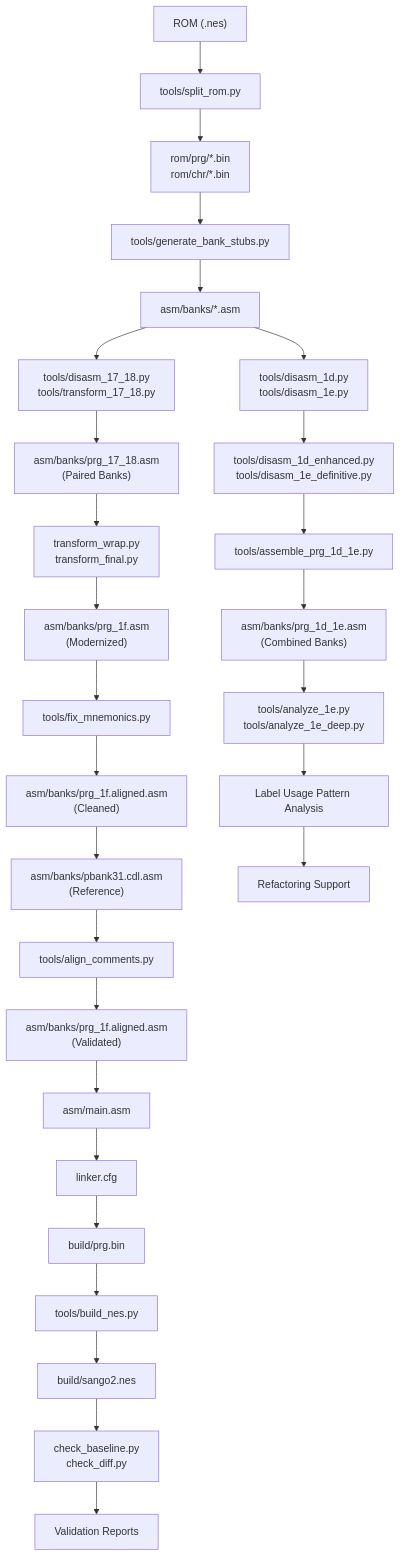
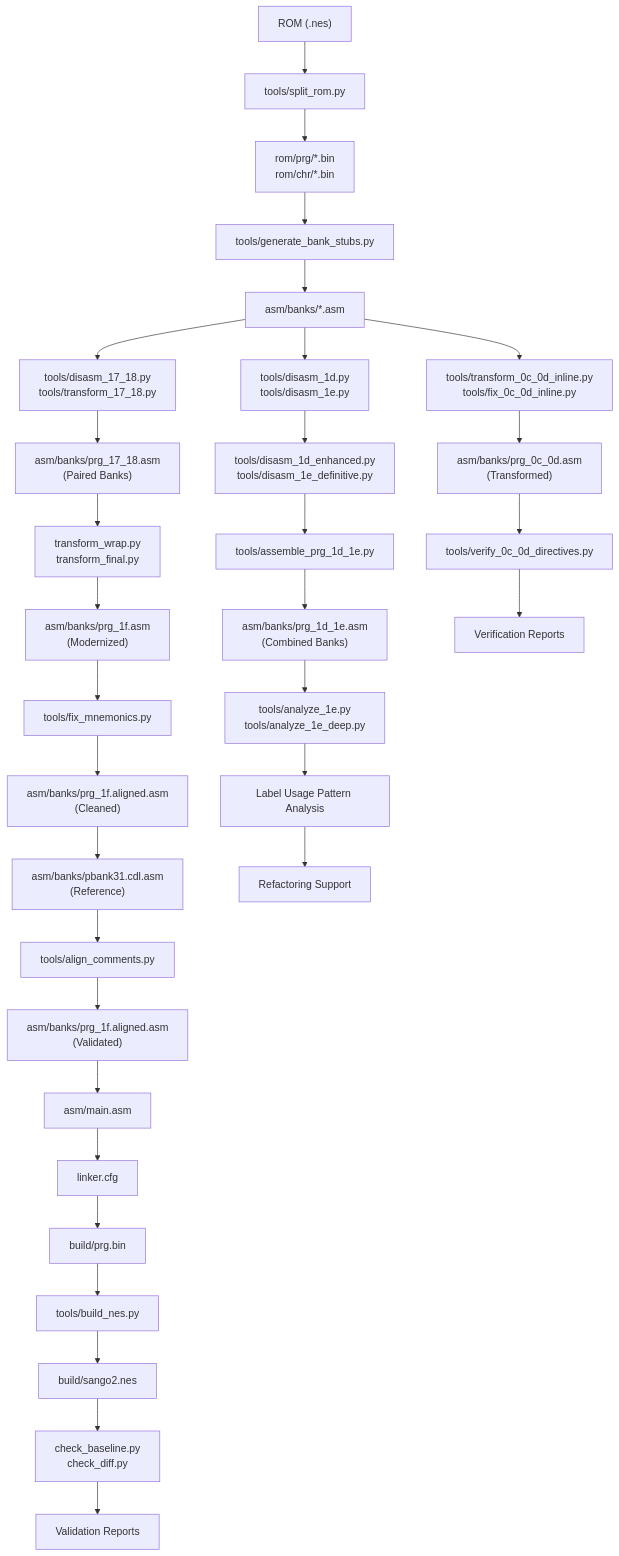
One commit to rabbyzero/sango2dasm changed the first of 8 diagrams in .qoder/repowiki/en/content/Disassembly Workflow/Disassembly Workflow.md. Above: the diagram before and after it, drawn with Mermaid. The commit also changed other lines of this file and 11 other files, not shown here.

````diff
--- a/.qoder/repowiki/en/content/Disassembly Workflow/Disassembly Workflow.md
+++ b/.qoder/repowiki/en/content/Disassembly Workflow/Disassembly Workflow.md
@@ -100,30 +106,34 @@
 ```mermaid
 graph TB
 A["ROM (.nes)"] --> B["tools/split_rom.py"]
 B --> C["rom/prg/*.bin<br/>rom/chr/*.bin"]
 C --> D["tools/generate_bank_stubs.py"]
 D --> E["asm/banks/*.asm"]
 E --> F["tools/disasm_17_18.py<br/>tools/transform_17_18.py"]
 F --> G["asm/banks/prg_17_18.asm<br/>(Paired Banks)"]
 E --> H["tools/disasm_1d.py<br/>tools/disasm_1e.py"]
 H --> I["tools/disasm_1d_enhanced.py<br/>tools/disasm_1e_definitive.py"]
 I --> J["tools/assemble_prg_1d_1e.py"]
 J --> K["asm/banks/prg_1d_1e.asm<br/>(Combined Banks)"]
 G --> L["transform_wrap.py<br/>transform_final.py"]
 L --> M["asm/banks/prg_1f.asm<br/>(Modernized)"]
 M --> N["tools/fix_mnemonics.py"]
 N --> O["asm/banks/prg_1f.aligned.asm<br/>(Cleaned)"]
 O --> P["asm/banks/pbank31.cdl.asm<br/>(Reference)"]
 P --> Q["tools/align_comments.py"]
 Q --> R["asm/banks/prg_1f.aligned.asm<br/>(Validated)"]
 R --> S["asm/main.asm"]
 S --> T["linker.cfg"]
 T --> U["build/prg.bin"]
 U --> V["tools/build_nes.py"]
 V --> W["build/sango2.nes"]
 W --> X["check_baseline.py<br/>check_diff.py"]
 X --> Y["Validation Reports"]
 K --> Z["tools/analyze_1e.py<br/>tools/analyze_1e_deep.py"]
 Z --> AA["Label Usage Pattern Analysis"]
 AA --> BB["Refactoring Support"]
+E --> CC["tools/transform_0c_0d_inline.py<br/>tools/fix_0c_0d_inline.py"]
+CC --> DD["asm/banks/prg_0c_0d.asm<br/>(Transformed)"]
+DD --> EE["tools/verify_0c_0d_directives.py"]
+EE --> FF["Verification Reports"]
 ```
````
